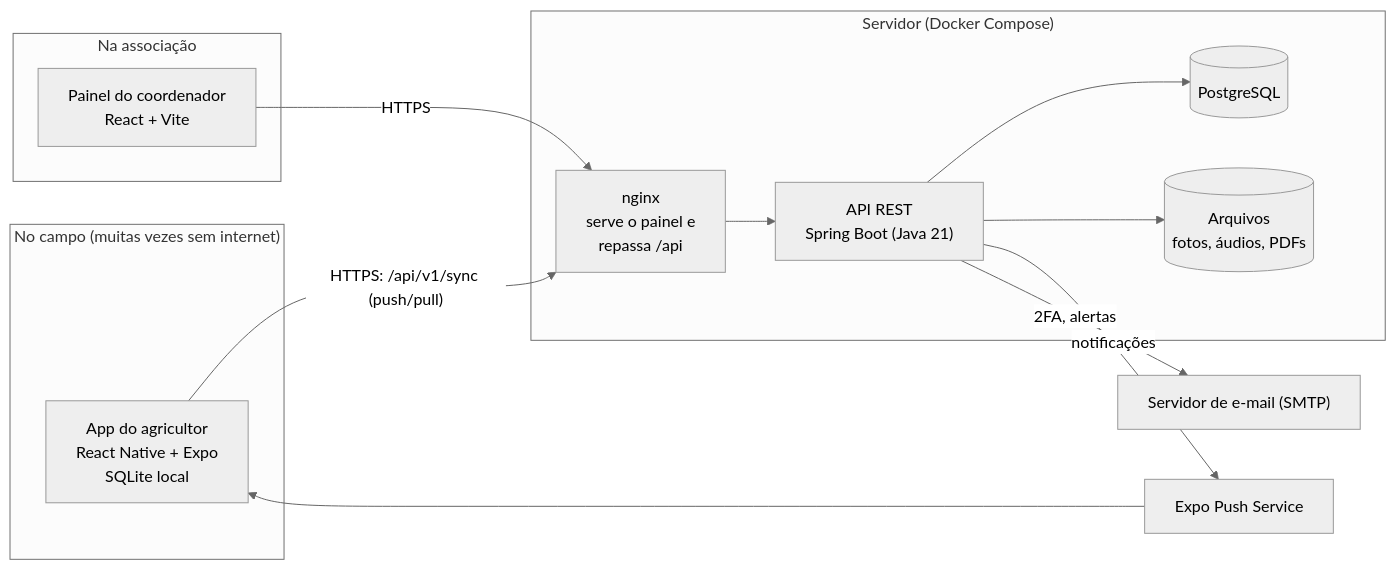
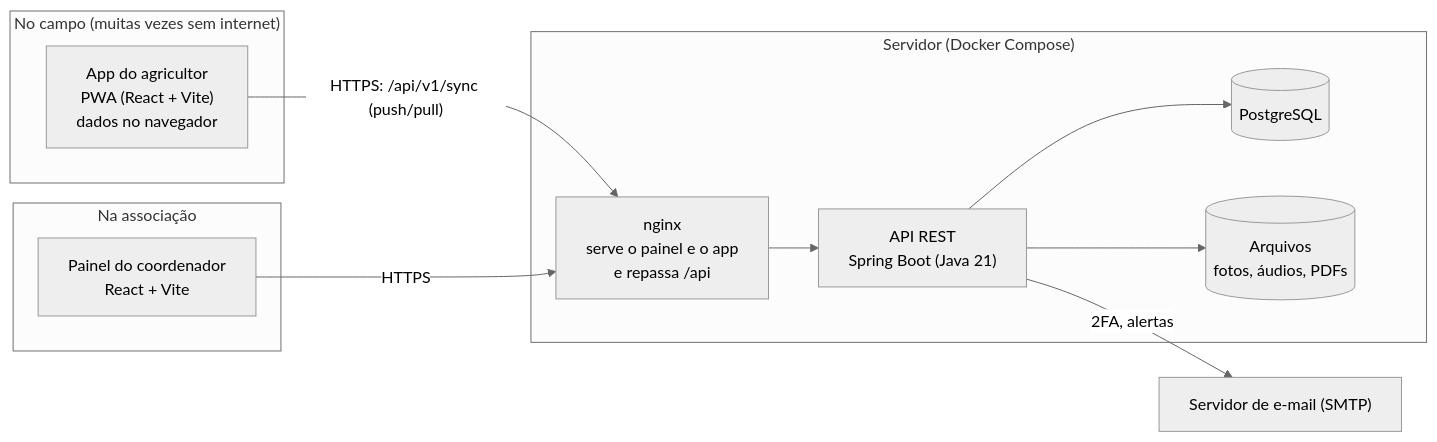
One commit to Ricardo-Bessa-dev/Agrofacil changed the first of 8 diagrams in docs/1-arquitetura-e-contrato.md. Above: the diagram before and after it, drawn with Mermaid (neutral theme). The commit also changed other lines of this file and 11 other files, not shown here.

````diff
--- a/docs/1-arquitetura-e-contrato.md
+++ b/docs/1-arquitetura-e-contrato.md
@@ -48,25 +48,23 @@
 ```mermaid
 flowchart LR
     subgraph Campo["No campo (muitas vezes sem internet)"]
-        APP["App do agricultor<br/>React Native + Expo<br/>SQLite local"]
+        APP["App do agricultor<br/>PWA (React + Vite)<br/>dados no navegador"]
     end
     subgraph Escritorio["Na associação"]
         WEB["Painel do coordenador<br/>React + Vite"]
     end
     subgraph Servidor["Servidor (Docker Compose)"]
-        NGINX["nginx<br/>serve o painel e<br/>repassa /api"]
+        NGINX["nginx<br/>serve o painel e o app<br/>e repassa /api"]
         API["API REST<br/>Spring Boot (Java 21)"]
         DB[("PostgreSQL")]
         FILES[("Arquivos<br/>fotos, áudios, PDFs")]
     end
-    EXPO["Expo Push Service"]
     SMTP["Servidor de e-mail (SMTP)"]
 
     APP -- "HTTPS: /api/v1/sync (push/pull)" --> NGINX
     WEB -- HTTPS --> NGINX
     NGINX --> API
     API --> DB
     API --> FILES
-    API -- notificações --> EXPO --> APP
     API -- "2FA, alertas" --> SMTP
 ```
````
